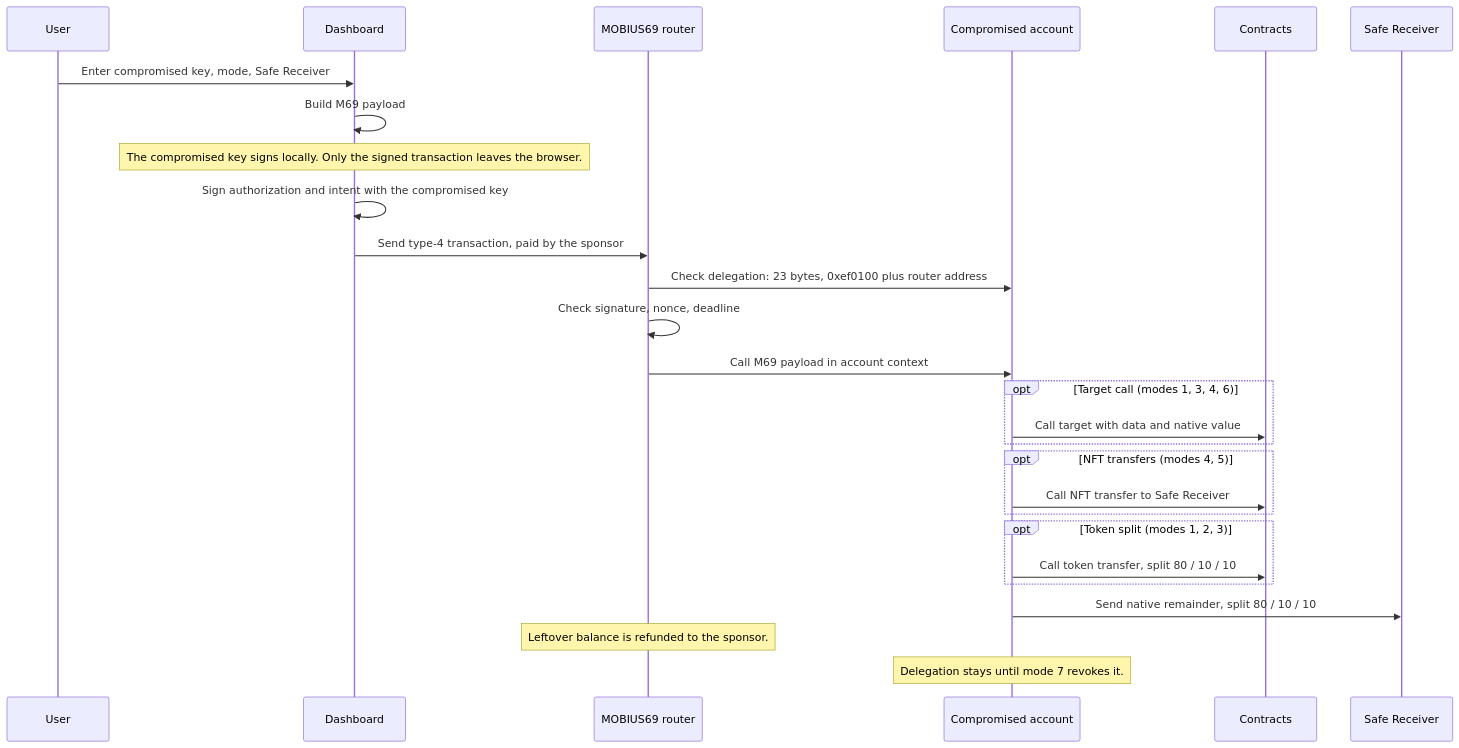
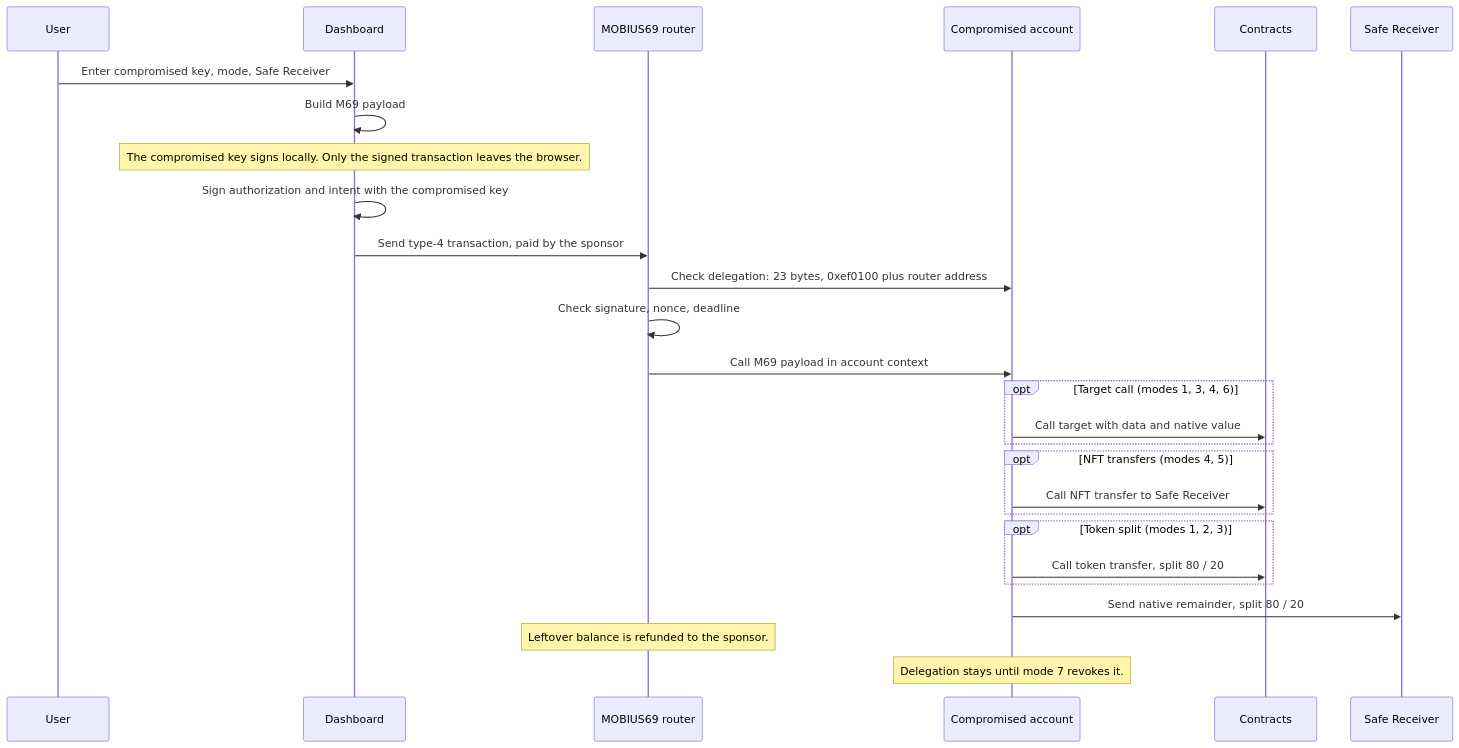
Before and after one commit to daikiijax/mobius69.xyz: the first of 2 diagrams in README.md, drawn with Mermaid. The commit also changed other lines of this file, not shown here.

````diff
--- a/README.md
+++ b/README.md
@@ -43,29 +45,29 @@
 ```mermaid
 sequenceDiagram
     participant U as User
     participant D as Dashboard
     participant R as MOBIUS69 router
     participant A as Compromised account
     participant C as Contracts
     participant V as Safe Receiver
     U->>D: Enter compromised key, mode, Safe Receiver
     D->>D: Build M69 payload
     Note over D: The compromised key signs locally. Only the signed transaction leaves the browser.
     D->>D: Sign authorization and intent with the compromised key
     D->>R: Send type-4 transaction, paid by the sponsor
     R->>A: Check delegation: 23 bytes, 0xef0100 plus router address
     R->>R: Check signature, nonce, deadline
     R->>A: Call M69 payload in account context
     opt Target call (modes 1, 3, 4, 6)
         A->>C: Call target with data and native value
     end
     opt NFT transfers (modes 4, 5)
         A->>C: Call NFT transfer to Safe Receiver
     end
     opt Token split (modes 1, 2, 3)
-        A->>C: Call token transfer, split 80 / 10 / 10
+        A->>C: Call token transfer, split 80 / 20
     end
-    A->>V: Send native remainder, split 80 / 10 / 10
+    A->>V: Send native remainder, split 80 / 20
     Note over R: Leftover balance is refunded to the sponsor.
     Note over A: Delegation stays until mode 7 revokes it.
 ```
````
